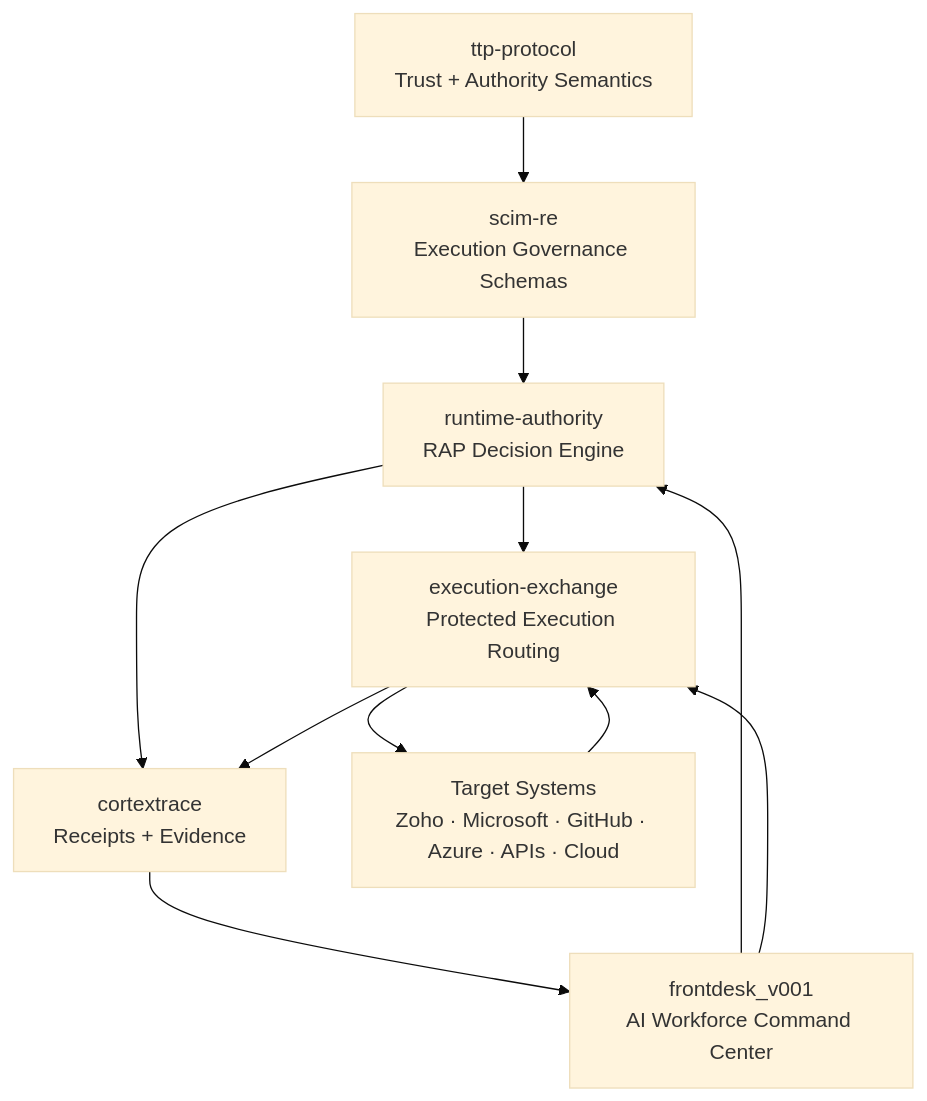
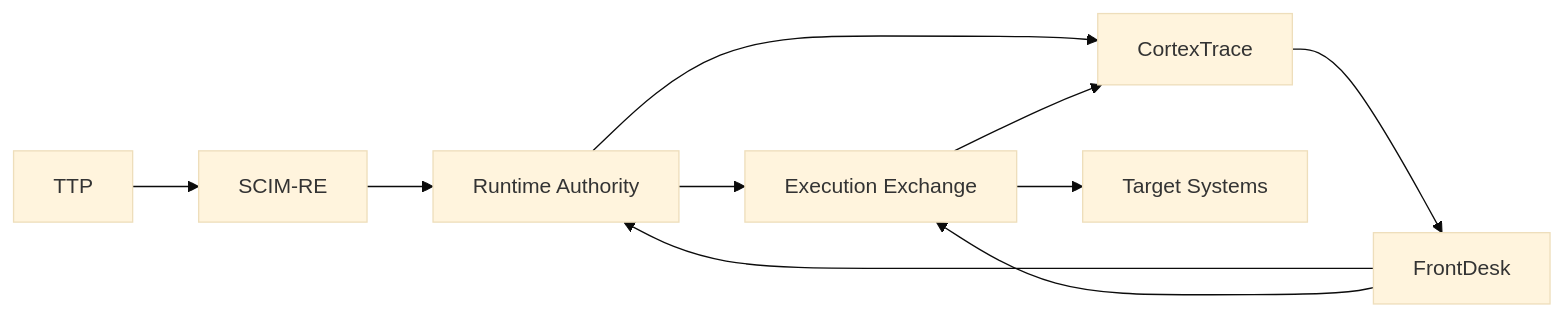
One commit to BlockSiFr/ttp-protocol changed the diagram in README.md. Above: the diagram before and after it, drawn with Mermaid (base theme).

Commit message:
Fix CortexTrace stack alignment Mermaid diagram

````diff
--- a/README.md
+++ b/README.md
@@ -30,18 +30,20 @@
 ```mermaid
-flowchart TD
-    TTP["ttp-protocol<br/>Trust + Authority Semantics"]
-    SCIM["scim-re<br/>Execution Governance Schemas"]
-    RAP["runtime-authority<br/>RAP Decision Engine"]
-    EX["execution-exchange<br/>Protected Execution Routing"]
-    CT["cortextrace<br/>Receipts + Evidence"]
-    FD["frontdesk_v001<br/>AI Workforce Command Center"]
-    SYS["Target Systems<br/>Zoho · Microsoft · GitHub · Azure · APIs · Cloud"]
+flowchart LR
+    TTP["TTP"]
+    SCIM["SCIM-RE"]
+    RAP["Runtime Authority"]
+    EX["Execution Exchange"]
+    CT["CortexTrace"]
+    FD["FrontDesk"]
+    SYS["Target Systems"]
 
-    TTP --> SCIM --> RAP --> EX --> SYS
-    SYS --> EX
+    TTP --> SCIM
+    SCIM --> RAP
+    RAP --> EX
+    EX --> SYS
     RAP --> CT
     EX --> CT
     CT --> FD
     FD --> RAP
     FD --> EX
 ```
````
